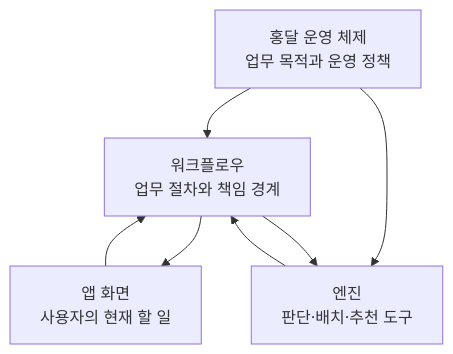
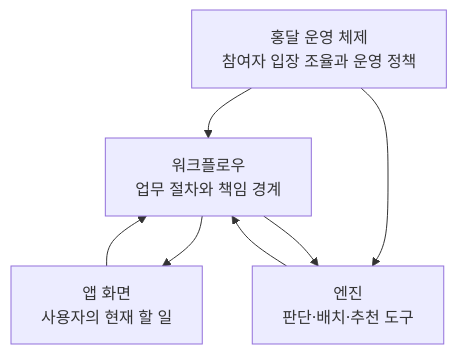
The first of 5 diagrams in docs/Architecture/EngineOverview.md (cheolwo/hongdal), drawn with Mermaid before and after one commit. The commit also changed other lines of this file and 6 other files, not shown here.

````diff
--- a/docs/Architecture/EngineOverview.md
+++ b/docs/Architecture/EngineOverview.md
@@ -11,14 +15,14 @@
 ```mermaid
 flowchart TD
-    OS["홍달 운영 체제<br/>업무 목적과 운영 정책"]
+    OS["홍달 운영 체제<br/>참여자 입장 조율과 운영 정책"]
     Workflow["워크플로우<br/>업무 절차와 책임 경계"]
     Engine["엔진<br/>판단·배치·추천 도구"]
     App["앱 화면<br/>사용자의 현재 할 일"]
 
     OS --> Workflow
     OS --> Engine
     Workflow --> App
     App --> Workflow
     Workflow --> Engine
     Engine --> Workflow
 ```
````
